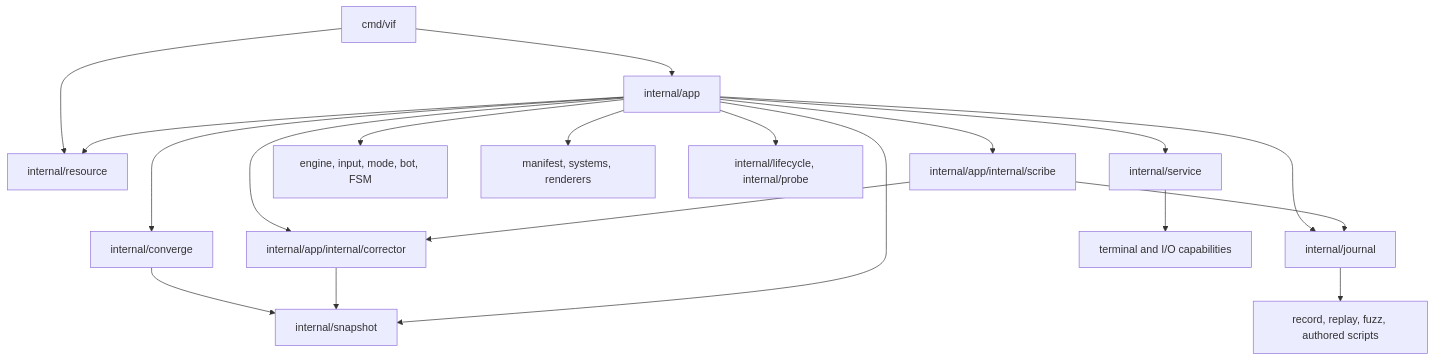
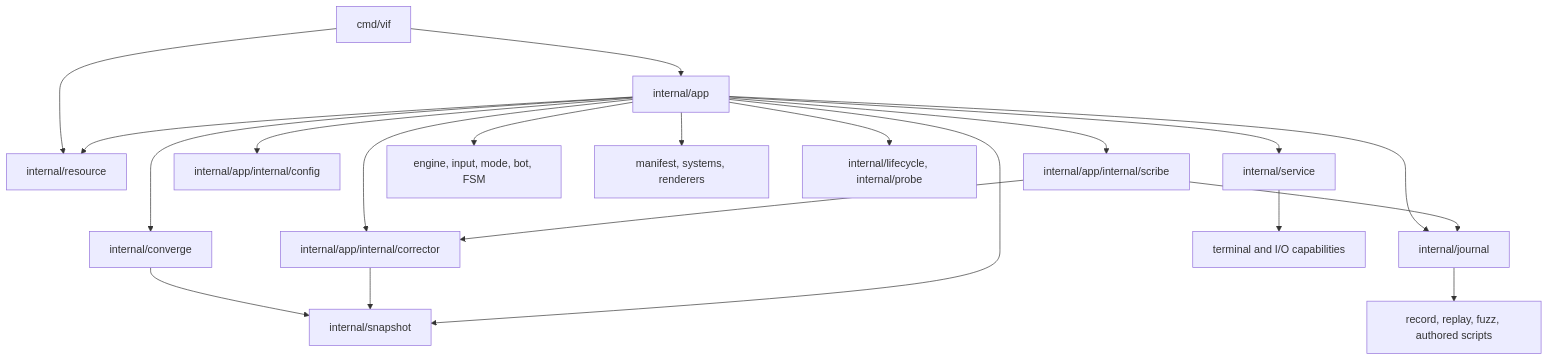
One commit to lixenwraith/vif changed the first of 4 diagrams in doc/package-map.md. Above: the diagram before and after it, drawn with Mermaid. The commit also changed other lines of this file and 26 other files, not shown here.

First line of the commit message:
app: a run's Host is handed beside its Config, Mode moves to internal/app/internal/config (#1017)

````diff
--- a/doc/package-map.md
+++ b/doc/package-map.md
@@ -9,21 +9,22 @@
 ```mermaid
 flowchart TD
     Vif["cmd/vif"] --> App["internal/app"]
     Vif --> Resource["internal/resource"]
     App --> Resource
     App --> Converge["internal/converge"]
     App --> Corrector["internal/app/internal/corrector"]
     App --> Scribe["internal/app/internal/scribe"]
+    App --> Config["internal/app/internal/config"]
     Scribe --> Corrector
     Converge --> Snapshot["internal/snapshot"]
     Corrector --> Snapshot
     App --> Snapshot
     App --> Services["internal/service"]
     App --> Runtime["engine, input, mode, bot, FSM"]
     App --> Assembly["manifest, systems, renderers"]
     App --> Journal["internal/journal"]
     Scribe --> Journal
     App --> Supervised["internal/lifecycle, internal/probe"]
     Journal --> Streams["record, replay, fuzz, authored scripts"]
     Services --> External["terminal and I/O capabilities"]
 ```
````
